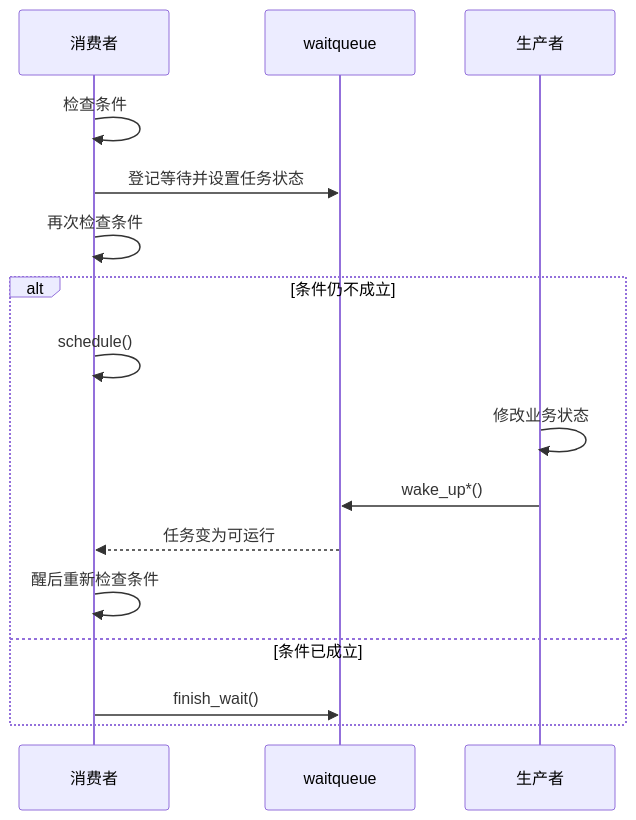
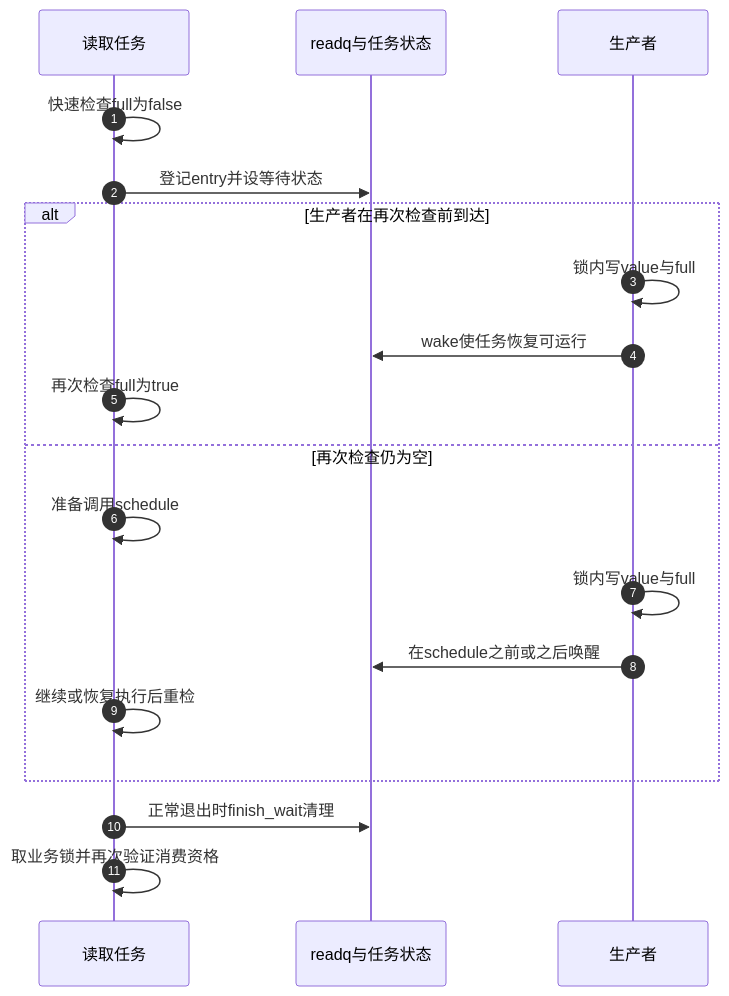
One commit to FormingSystem/linux_note changed the second of 3 diagrams in knowledge/linux/synchronization_and_asynchrony/synchronization/waiting_notification/P01_等待队列.md. Above: the diagram before and after it, drawn with Mermaid. The commit also changed other lines of this file and 7 other files, not shown here.

````diff
--- a/knowledge/linux/synchronization_and_asynchrony/synchronization/waiting_notification/P01_等待队列.md
+++ b/knowledge/linux/synchronization_and_asynchrony/synchronization/waiting_notification/P01_等待队列.md
@@ -17,18 +160,21 @@
 ```mermaid
 sequenceDiagram
-    participant C as 消费者
-    participant Q as waitqueue
+    autonumber
+    participant C as 读取任务
+    participant Q as readq与任务状态
     participant P as 生产者
-    C->>C: 检查条件
-    C->>Q: 登记等待并设置任务状态
-    C->>C: 再次检查条件
-    alt 条件仍不成立
-        C->>C: schedule()
-        P->>P: 修改业务状态
-        P->>Q: wake_up*()
-        Q-->>C: 任务变为可运行
-        C->>C: 醒后重新检查条件
-    else 条件已成立
-        C->>Q: finish_wait()
+    C->>C: 快速检查full为false
+    C->>Q: 登记entry并设等待状态
+    alt 生产者在再次检查前到达
+        P->>P: 锁内写value与full
+        P->>Q: wake使任务恢复可运行
+        C->>C: 再次检查full为true
+    else 再次检查仍为空
+        C->>C: 准备调用schedule
+        P->>P: 锁内写value与full
+        P->>Q: 在schedule之前或之后唤醒
+        C->>C: 继续或恢复执行后重检
     end
+    C->>Q: 正常退出时finish_wait清理
+    C->>C: 取业务锁并再次验证消费资格
 ```
````
